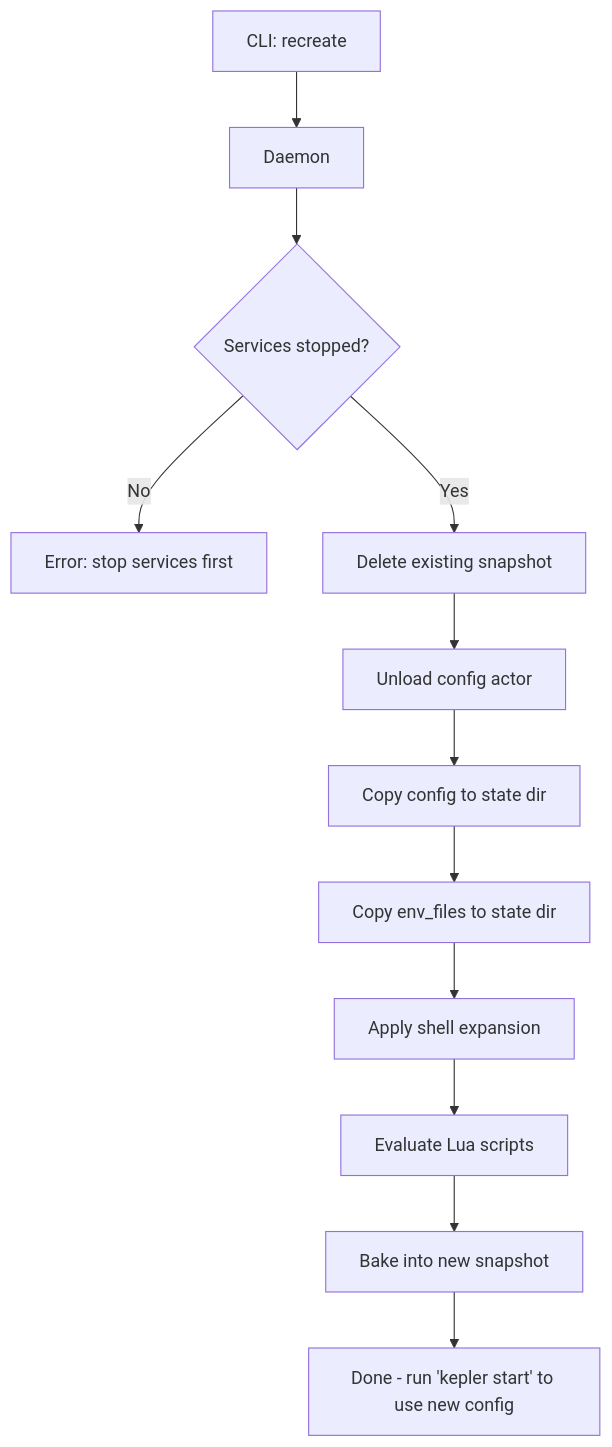
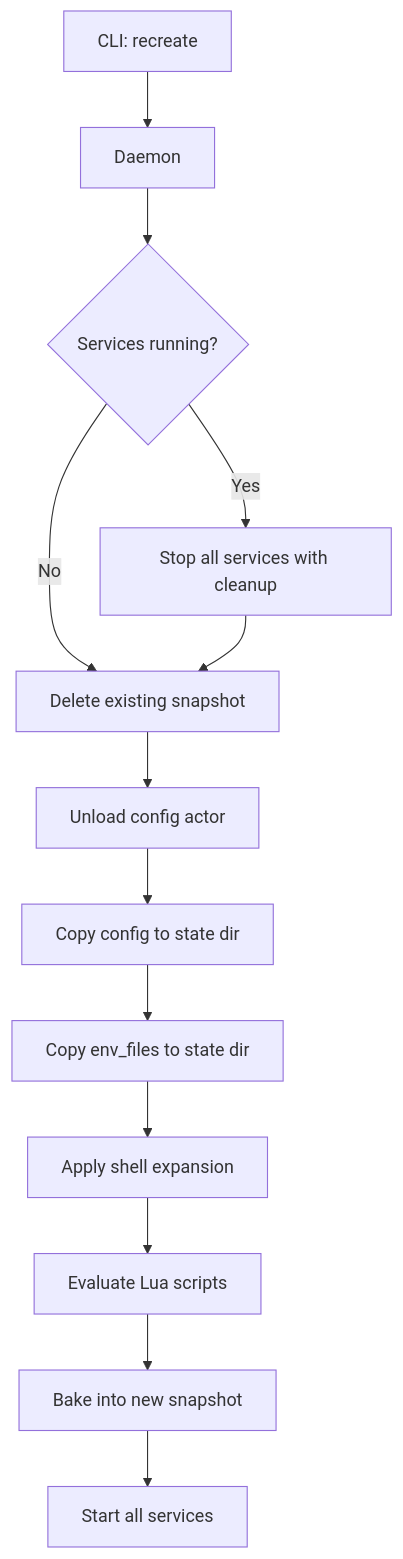
Before and after one commit to maleus-ai/kepler: the third of 9 diagrams in docs/architecture.md, drawn with Mermaid. The commit also changed other lines of this file and 12 other files, not shown here.

Commit message:
Make recreate force stop clean and then start

````diff
--- a/docs/architecture.md
+++ b/docs/architecture.md
@@ -147,14 +147,15 @@
 ```mermaid
 flowchart TD
     A[CLI: recreate] --> B[Daemon]
-    B --> C{Services stopped?}
-    C -->|No| X[Error: stop services first]
-    C -->|Yes| D[Delete existing snapshot]
-    D --> E[Unload config actor]
-    E --> F[Copy config to state dir]
-    F --> G[Copy env_files to state dir]
-    G --> H[Apply shell expansion]
-    H --> I[Evaluate Lua scripts]
-    I --> J[Bake into new snapshot]
-    J --> K[Done - run 'kepler start' to use new config]
+    B --> C{Services running?}
+    C -->|Yes| D[Stop all services with cleanup]
+    C -->|No| E[Delete existing snapshot]
+    D --> E
+    E --> F[Unload config actor]
+    F --> G[Copy config to state dir]
+    G --> H[Copy env_files to state dir]
+    H --> I[Apply shell expansion]
+    I --> J[Evaluate Lua scripts]
+    J --> K[Bake into new snapshot]
+    K --> L[Start all services]
 ```
````
